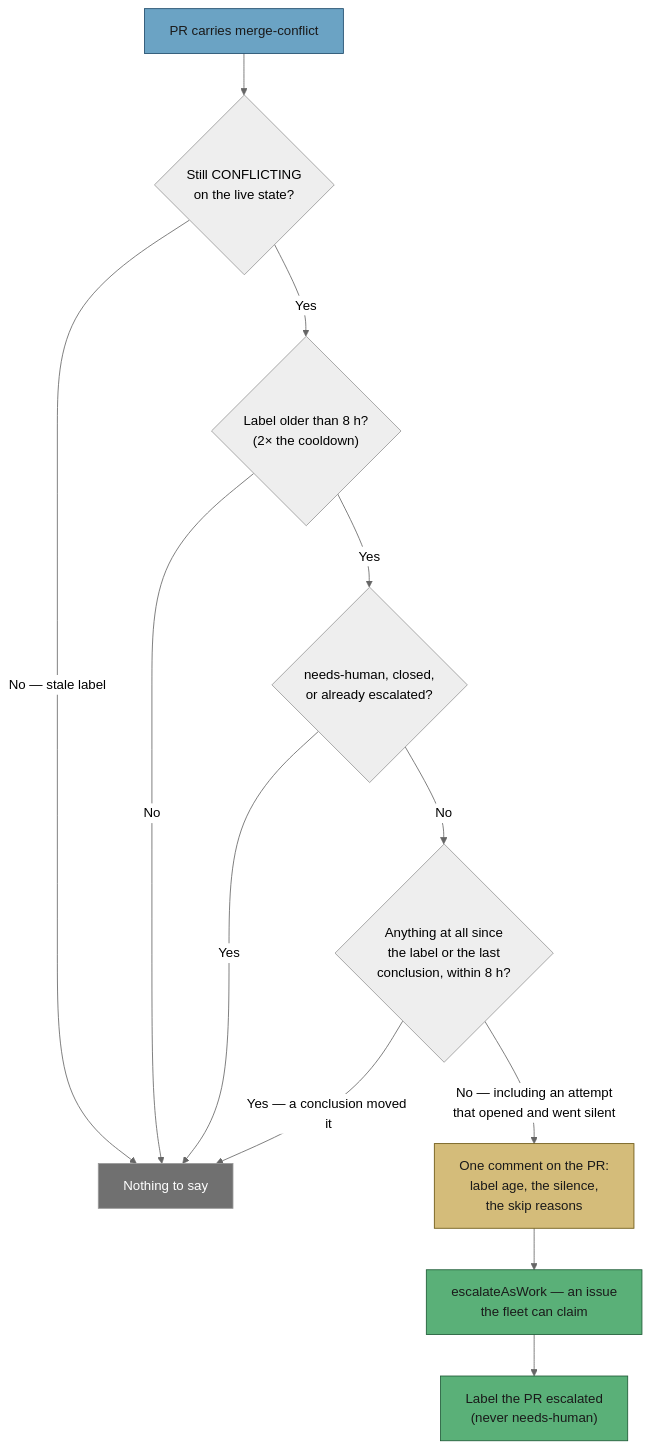
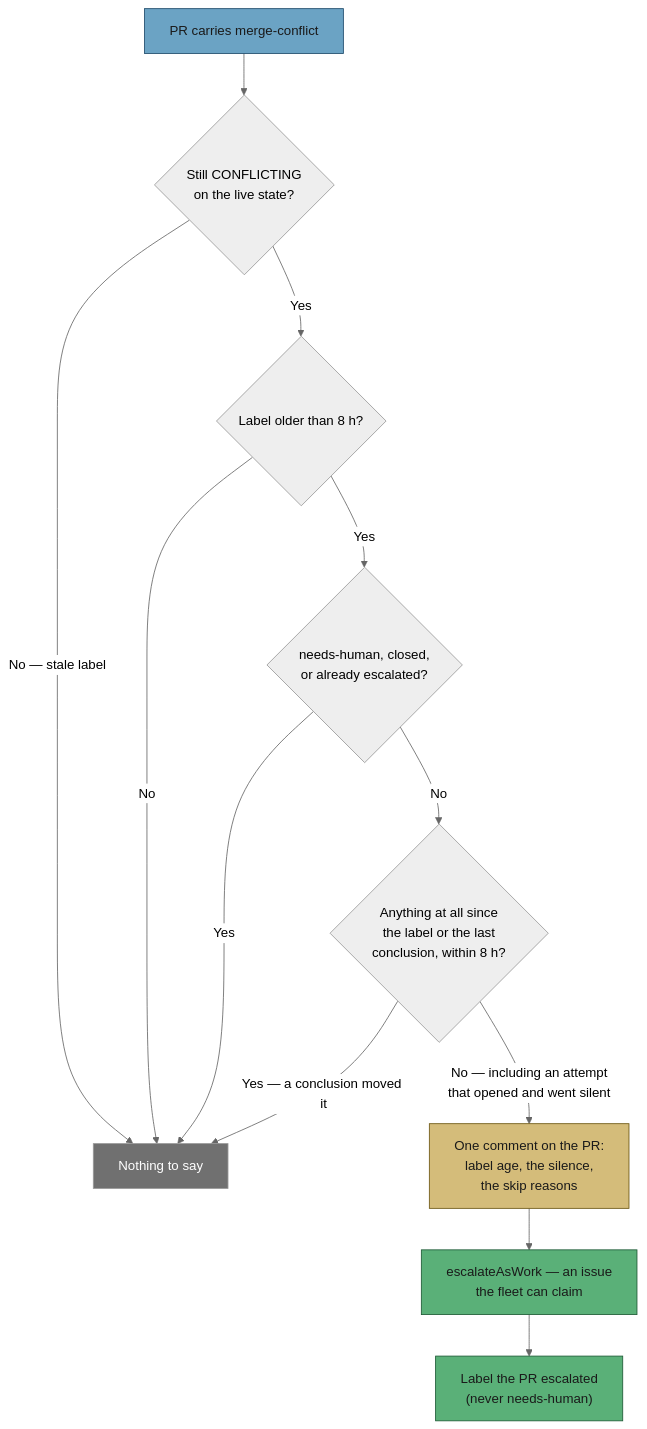
One commit to stSoftwareAU/VibeCoder changed the third of 5 diagrams in docs/workflows/merge-conflicts.md. Above: the diagram before and after it, drawn with Mermaid (neutral theme). The commit also changed other lines of this file and 23 other files, not shown here.

````diff
--- a/docs/workflows/merge-conflicts.md
+++ b/docs/workflows/merge-conflicts.md
@@ -425,19 +425,19 @@
 ```mermaid
 flowchart TD
     A[PR carries merge-conflict] --> S{"Still CONFLICTING<br/>on the live state?"}
     S -->|"No — stale label"| Q[Nothing to say]
-    S -->|Yes| B{"Label older than 8 h?<br/>(2× the cooldown)"}
+    S -->|Yes| B{"Label older than 8 h?"}
     B -->|No| Q
     B -->|Yes| C{"needs-human, closed,<br/>or already escalated?"}
     C -->|Yes| Q
     C -->|No| D{"Anything at all since<br/>the label or the last<br/>conclusion, within 8 h?"}
     D -->|"Yes — a conclusion moved it"| Q
     D -->|"No — including an attempt<br/>that opened and went silent"| E["One comment on the PR:<br/>label age, the silence,<br/>the skip reasons"]
     E --> F["escalateAsWork — an issue<br/>the fleet can claim"]
     F --> G["Label the PR escalated<br/>(never needs-human)"]
     style A fill:#6ba3c4,stroke:#1d4a6a,color:#1a1a1a
     style E fill:#d4bc7a,stroke:#6b5510,color:#1a1a1a
     style F fill:#5ab078,stroke:#1d5a35,color:#1a1a1a
     style G fill:#5ab078,stroke:#1d5a35,color:#1a1a1a
     style Q fill:#707070,stroke:,color:#fff
 ```
````
